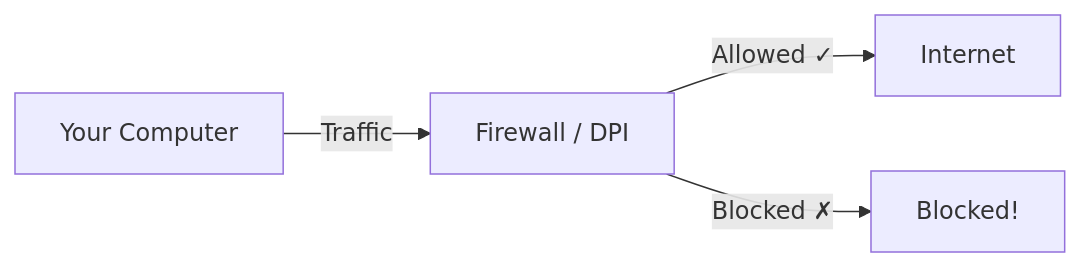
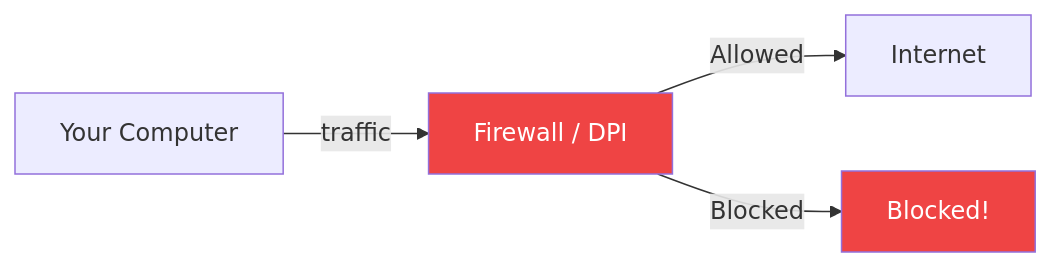
The sixth of 7 diagrams in prisma-docs/docs/guide/basics.md (prisma-proxy/prisma), drawn with Mermaid before and after one commit. The commit also changed other lines of this file and 11 other files, not shown here.

````diff
--- a/prisma-docs/docs/guide/basics.md
+++ b/prisma-docs/docs/guide/basics.md
@@ -167,6 +172,9 @@
 ```mermaid
 graph LR
-    A["Your Computer"] -->|Traffic| B["Firewall / DPI"]
-    B -->|"Allowed ✓"| C["Internet"]
-    B -->|"Blocked ✗"| D["Blocked!"]
+    A["Your Computer"] -->|"traffic"| FW["Firewall / DPI"]
+    FW -->|"Allowed"| I["Internet"]
+    FW -->|"Blocked"| X["Blocked!"]
+
+    style FW fill:#ef4444,color:#fff
+    style X fill:#ef4444,color:#fff
 ```
````
